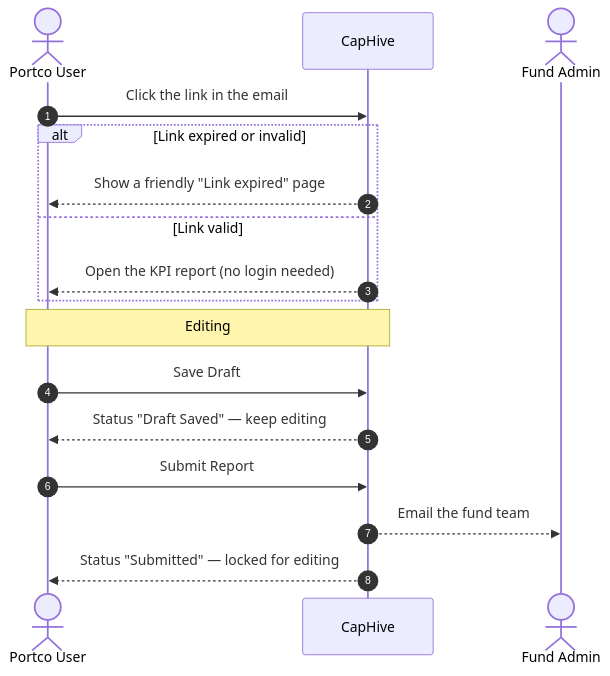
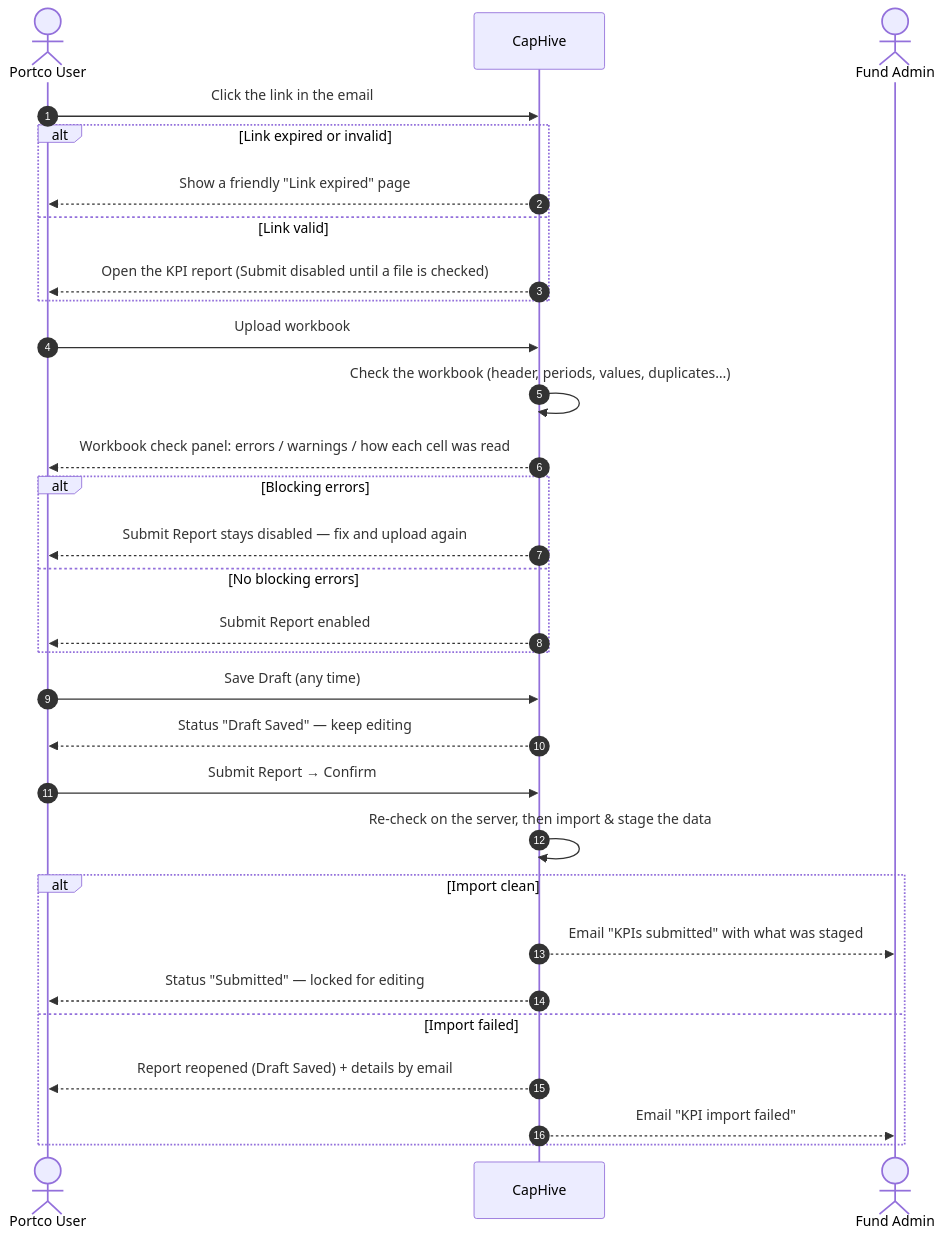
Before and after one commit to sampadadiwan/IRM_CompanyMain: the second of 5 diagrams in docs/user_guides/kpi_upload_user_guide.md, drawn with Mermaid. The commit also changed other lines of this file and 56 other files, not shown here.

First line of the commit message:
Import kpi improvements (#1629)

````diff
--- a/docs/user_guides/kpi_upload_user_guide.md
+++ b/docs/user_guides/kpi_upload_user_guide.md
@@ -75,22 +88,36 @@
 ```mermaid
 sequenceDiagram
     autonumber
     actor Portco as Portco User
     participant System as CapHive
     actor Admin as Fund Admin
 
     Portco->>System: Click the link in the email
     alt Link expired or invalid
         System-->>Portco: Show a friendly "Link expired" page
     else Link valid
-        System-->>Portco: Open the KPI report (no login needed)
+        System-->>Portco: Open the KPI report (Submit disabled until a file is checked)
     end
 
-    note over Portco, System: Editing
-    Portco->>System: Save Draft
+    Portco->>System: Upload workbook
+    System->>System: Check the workbook (header, periods, values, duplicates…)
+    System-->>Portco: Workbook check panel: errors / warnings / how each cell was read
+    alt Blocking errors
+        System-->>Portco: Submit Report stays disabled — fix and upload again
+    else No blocking errors
+        System-->>Portco: Submit Report enabled
+    end
+
+    Portco->>System: Save Draft (any time)
     System-->>Portco: Status "Draft Saved" — keep editing
 
-    Portco->>System: Submit Report
-    System-->>Admin: Email the fund team
-    System-->>Portco: Status "Submitted" — locked for editing
+    Portco->>System: Submit Report → Confirm
+    System->>System: Re-check on the server, then import & stage the data
+    alt Import clean
+        System-->>Admin: Email "KPIs submitted" with what was staged
+        System-->>Portco: Status "Submitted" — locked for editing
+    else Import failed
+        System-->>Portco: Report reopened (Draft Saved) + details by email
+        System-->>Admin: Email "KPI import failed"
+    end
 ```
````
